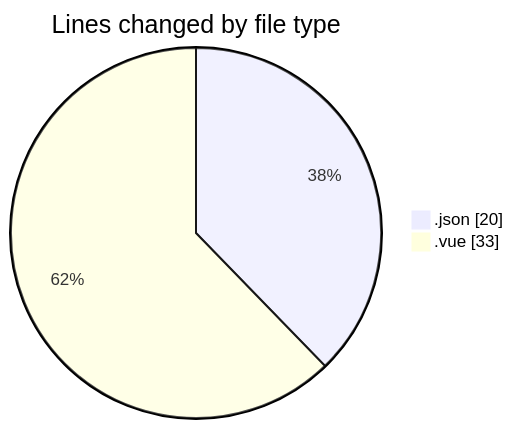
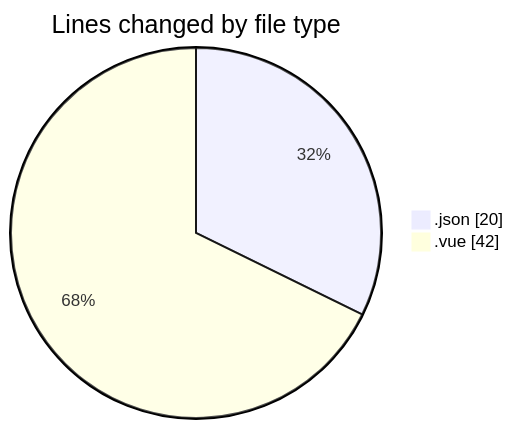
Before and after one commit to BS-eng2023/code-tracking: the first of 2 diagrams in 2025-03-26/new-app/README.md, drawn with Mermaid. The commit also changed other lines of this file and 1 other file, not shown here.

````diff
--- a/2025-03-26/new-app/README.md
+++ b/2025-03-26/new-app/README.md
@@ -22,6 +22,6 @@
 ```mermaid
 pie showData
 title Lines changed by file type
 ".json" : 20
-".vue" : 33
+".vue" : 42
 ```
````
